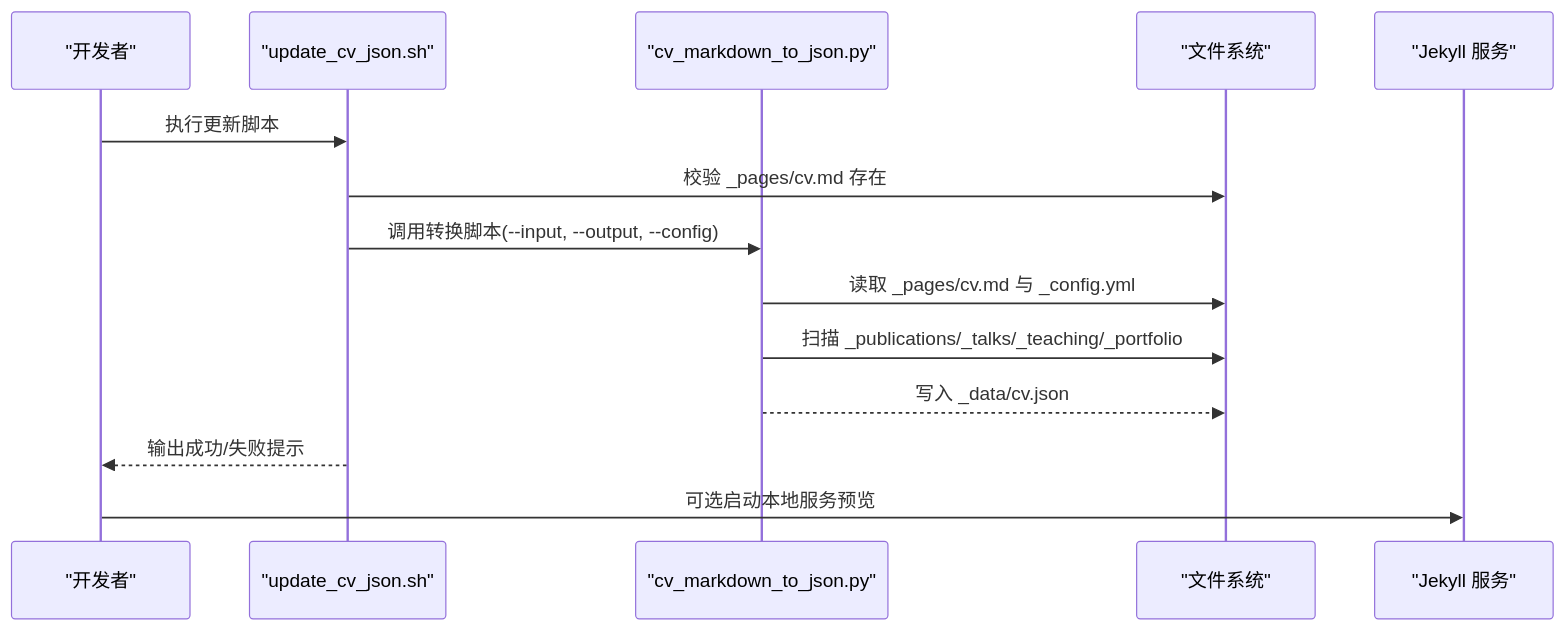
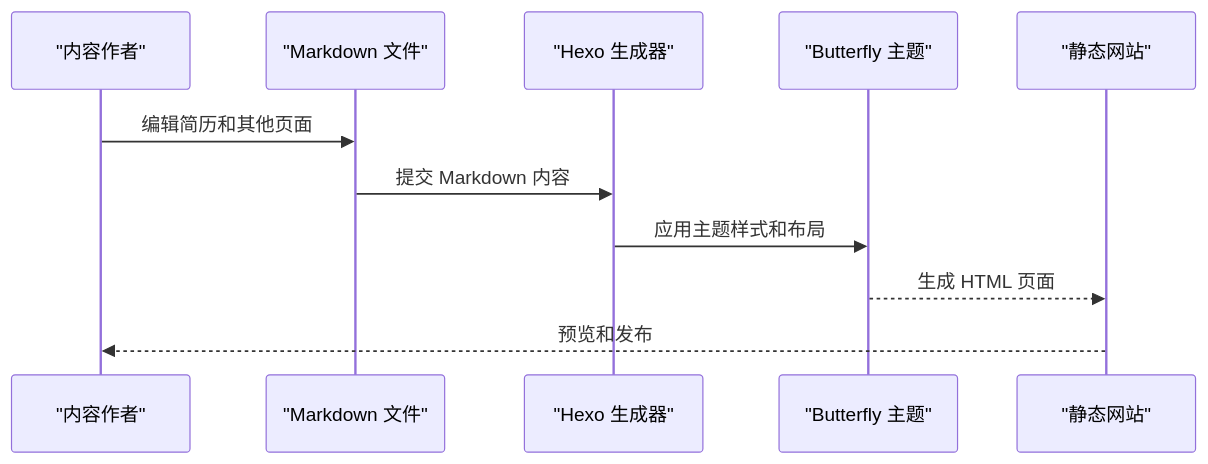
The second of 3 diagrams in .qoder/repowiki/zh/content/数据处理和自动化/简历数据管理.md (CoolPig0720/CoolPig0720.github.io), drawn with Mermaid before and after one commit. The commit also changed other lines of this file and 36 other files, not shown here.

````diff
--- a/.qoder/repowiki/zh/content/数据处理和自动化/简历数据管理.md
+++ b/.qoder/repowiki/zh/content/数据处理和自动化/简历数据管理.md
@@ -136,16 +114,13 @@
 ```mermaid
 sequenceDiagram
-participant Dev as "开发者"
-participant SH as "update_cv_json.sh"
-participant PY as "cv_markdown_to_json.py"
-participant FS as "文件系统"
-participant Jekyll as "Jekyll 服务"
-Dev->>SH : 执行更新脚本
-SH->>FS : 校验 _pages/cv.md 存在
-SH->>PY : 调用转换脚本(--input, --output, --config)
-PY->>FS : 读取 _pages/cv.md 与 _config.yml
-PY->>FS : 扫描 _publications/_talks/_teaching/_portfolio
-PY-->>FS : 写入 _data/cv.json
-SH-->>Dev : 输出成功/失败提示
-Dev->>Jekyll : 可选启动本地服务预览
+participant Author as "内容作者"
+participant MD as "Markdown 文件"
+participant HEXO as "Hexo 生成器"
+participant THEME as "Butterfly 主题"
+participant PUBLIC as "静态网站"
+Author->>MD : 编辑简历和其他页面
+MD->>HEXO : 提交 Markdown 内容
+HEXO->>THEME : 应用主题样式和布局
+THEME-->>PUBLIC : 生成 HTML 页面
+PUBLIC-->>Author : 预览和发布
 ```
````
